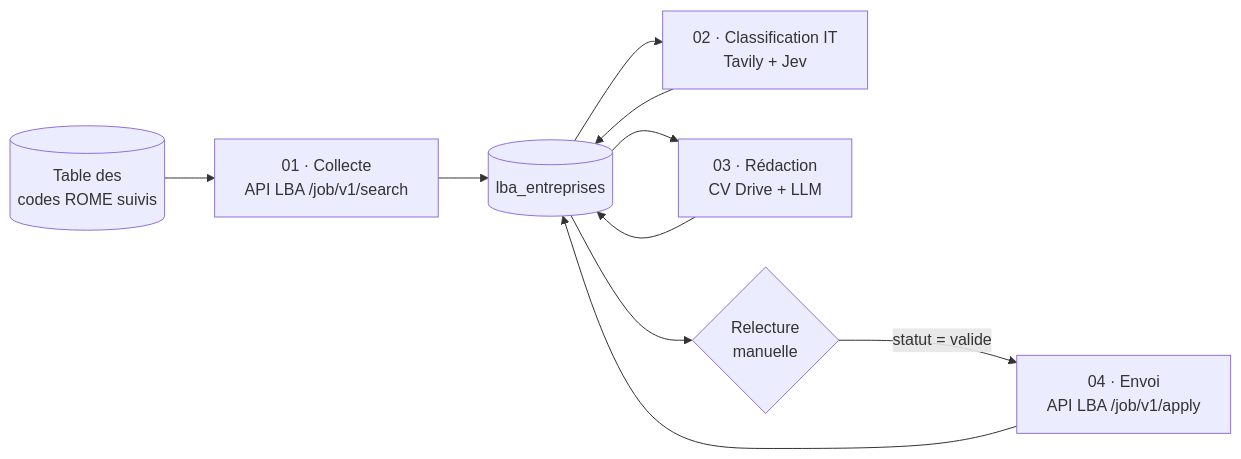
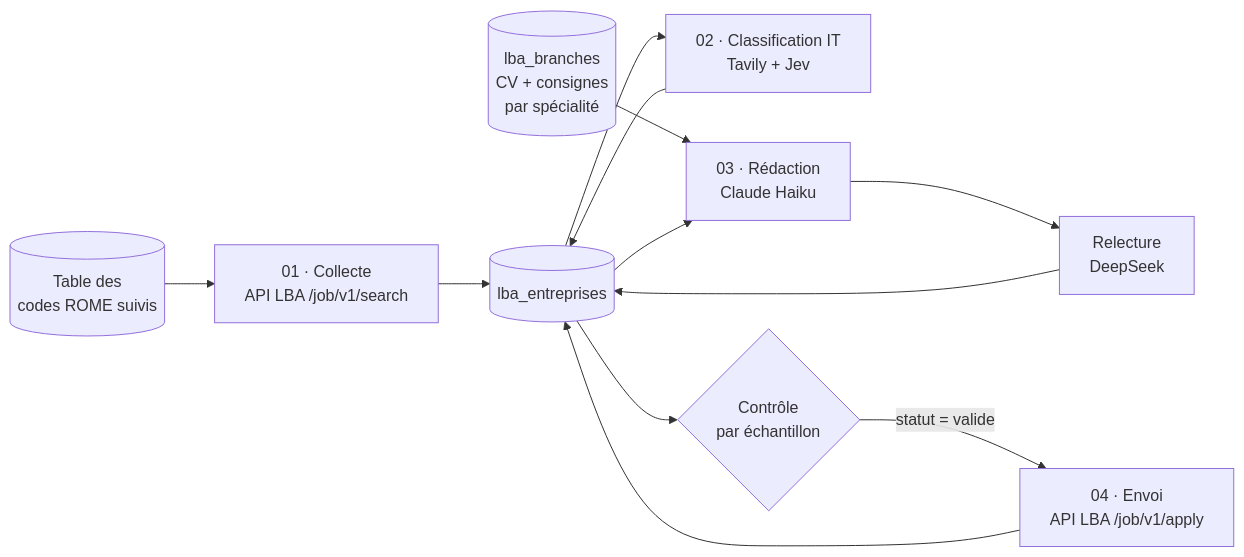
The diagram in README.md (Gauthier-Faisandaz/LBA-automatisation-candidatures-spontan-es), drawn with Mermaid before and after one commit. The commit also changed other lines of this file and 4 other files, not shown here.

First line of the commit message:
Rédaction multi-branches (dev, data, cyber, sysadmin) + relecture par une seconde IA

````diff
--- a/README.md
+++ b/README.md
@@ -14,12 +14,14 @@
 ```mermaid
 flowchart LR
     A[(Table des<br/>codes ROME suivis)] --> B[01 · Collecte<br/>API LBA /job/v1/search]
     B --> T[(lba_entreprises)]
     T --> C[02 · Classification IT<br/>Tavily + Jev]
     C --> T
-    T --> D[03 · Rédaction<br/>CV Drive + LLM]
-    D --> T
-    T --> V{Relecture<br/>manuelle}
+    R[(lba_branches<br/>CV + consignes<br/>par spécialité)] --> D
+    T --> D[03 · Rédaction<br/>Claude Haiku]
+    D --> RL[Relecture<br/>DeepSeek]
+    RL --> T
+    T --> V{Contrôle<br/>par échantillon}
     V -->|statut = valide| E[04 · Envoi<br/>API LBA /job/v1/apply]
     E --> T
 ```
````
